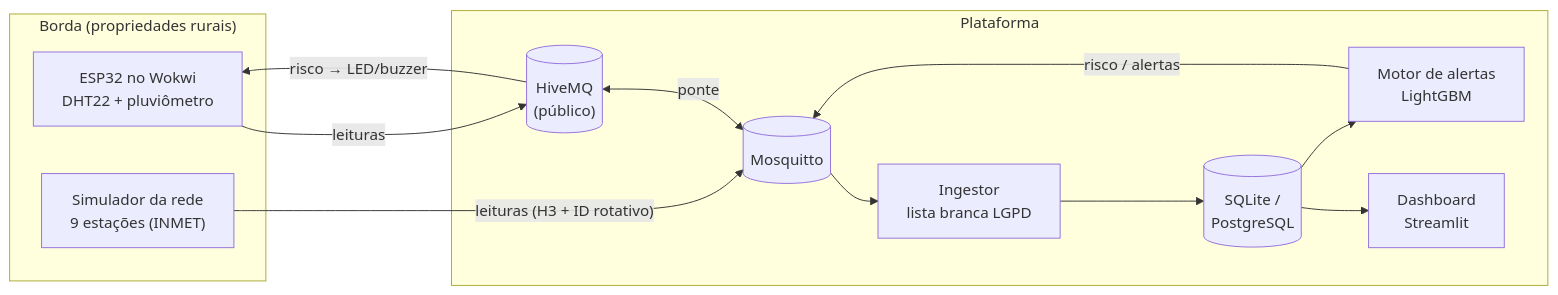
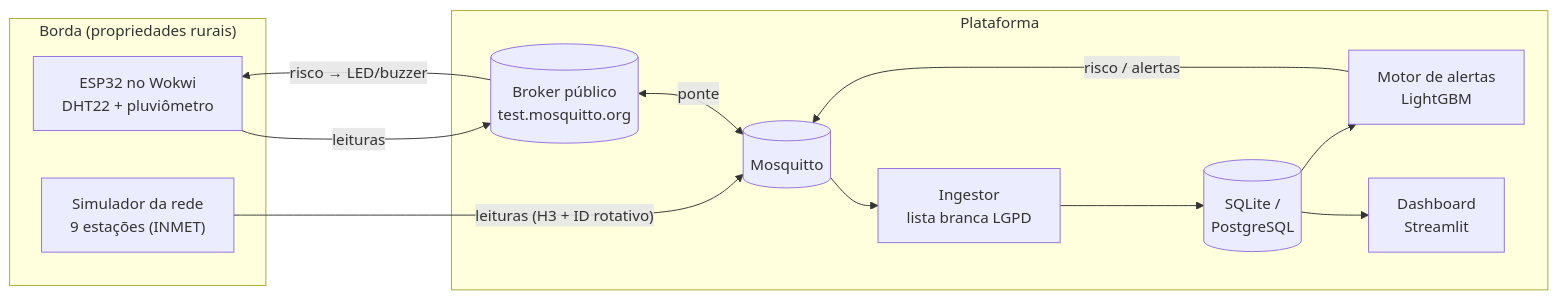
One commit to dzpoa/unisinos-agroalerta changed the diagram in README.md. Above: the diagram before and after it, drawn with Mermaid. The commit also changed other lines of this file and 3 other files, not shown here.

First line of the commit message:
Troca broker público do HiveMQ para test.mosquitto.org

````diff
--- a/README.md
+++ b/README.md
@@ -12,21 +12,21 @@
 ```mermaid
 flowchart LR
     subgraph Borda["Borda (propriedades rurais)"]
         SIM["Simulador da rede<br/>9 estações (INMET)"]
         ESP["ESP32 no Wokwi<br/>DHT22 + pluviômetro"]
     end
     subgraph Nuvem["Plataforma"]
-        HIVE[("HiveMQ<br/>(público)")]
+        HIVE[("Broker público<br/>test.mosquitto.org")]
         MQ[("Mosquitto")]
         ING["Ingestor<br/>lista branca LGPD"]
         DB[("SQLite /<br/>PostgreSQL")]
         MOT["Motor de alertas<br/>LightGBM"]
         DASH["Dashboard<br/>Streamlit"]
     end
     SIM -- "leituras (H3 + ID rotativo)" --> MQ
     ESP -- leituras --> HIVE <-- ponte --> MQ
     MQ --> ING --> DB --> MOT
     MOT -- "risco / alertas" --> MQ
     HIVE -- "risco → LED/buzzer" --> ESP
     DB --> DASH
 ```
````
